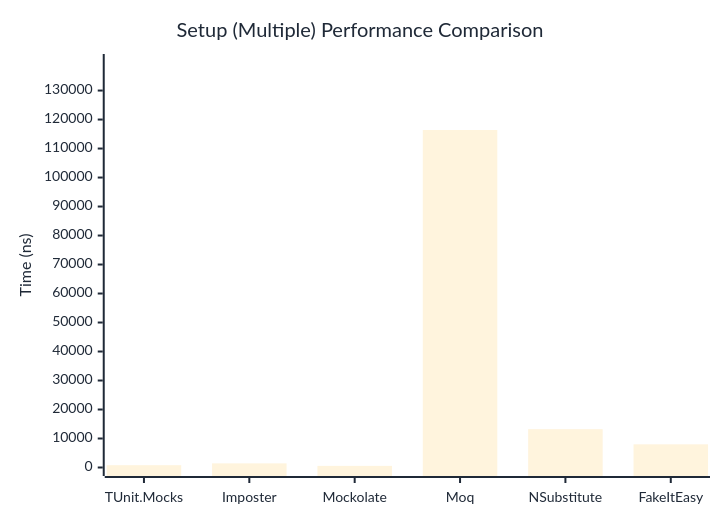
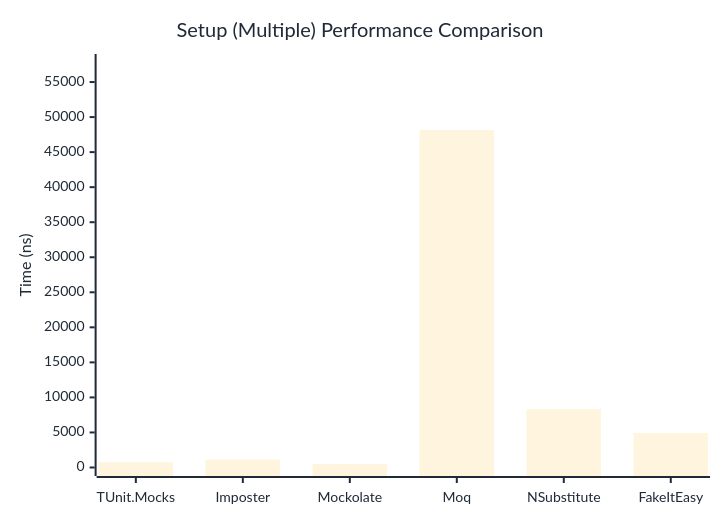
Before and after one commit to thomhurst/TUnit: the second of 2 diagrams in docs/docs/benchmarks/mocks/Setup.md, drawn with Mermaid. The commit also changed other lines of this file and 14 other files, not shown here.

````diff
--- a/docs/docs/benchmarks/mocks/Setup.md
+++ b/docs/docs/benchmarks/mocks/Setup.md
@@ -71,27 +71,27 @@
 ```mermaid
 %%{init: {
   'theme':'base',
   'themeVariables': {
     'primaryColor': '#2563eb',
     'primaryTextColor': '#1f2937',
     'primaryBorderColor': '#1e40af',
     'lineColor': '#6b7280',
     'secondaryColor': '#7c3aed',
     'tertiaryColor': '#dc2626',
     'background': '#ffffff',
     'pie1': '#2563eb',
     'pie2': '#7c3aed',
     'pie3': '#dc2626',
     'pie4': '#f59e0b',
     'pie5': '#10b981',
     'pie6': '#06b6d4',
     'pie7': '#ec4899',
     'pie8': '#6366f1'
   }
 }}%%
 xychart-beta
   title "Setup (Multiple) Performance Comparison"
   x-axis ["TUnit.Mocks", "Imposter", "Mockolate", "Moq", "NSubstitute", "FakeItEasy"]
-  y-axis "Time (ns)" 0 --> 139673
-  bar [800.4, 1428.8, 558.5, 116393.9, 13223.4, 7989.4]
+  y-axis "Time (ns)" 0 --> 57789
+  bar [748.6, 1118.1, 480.4, 48156.9, 8345.8, 4902.7]
 ```
````
